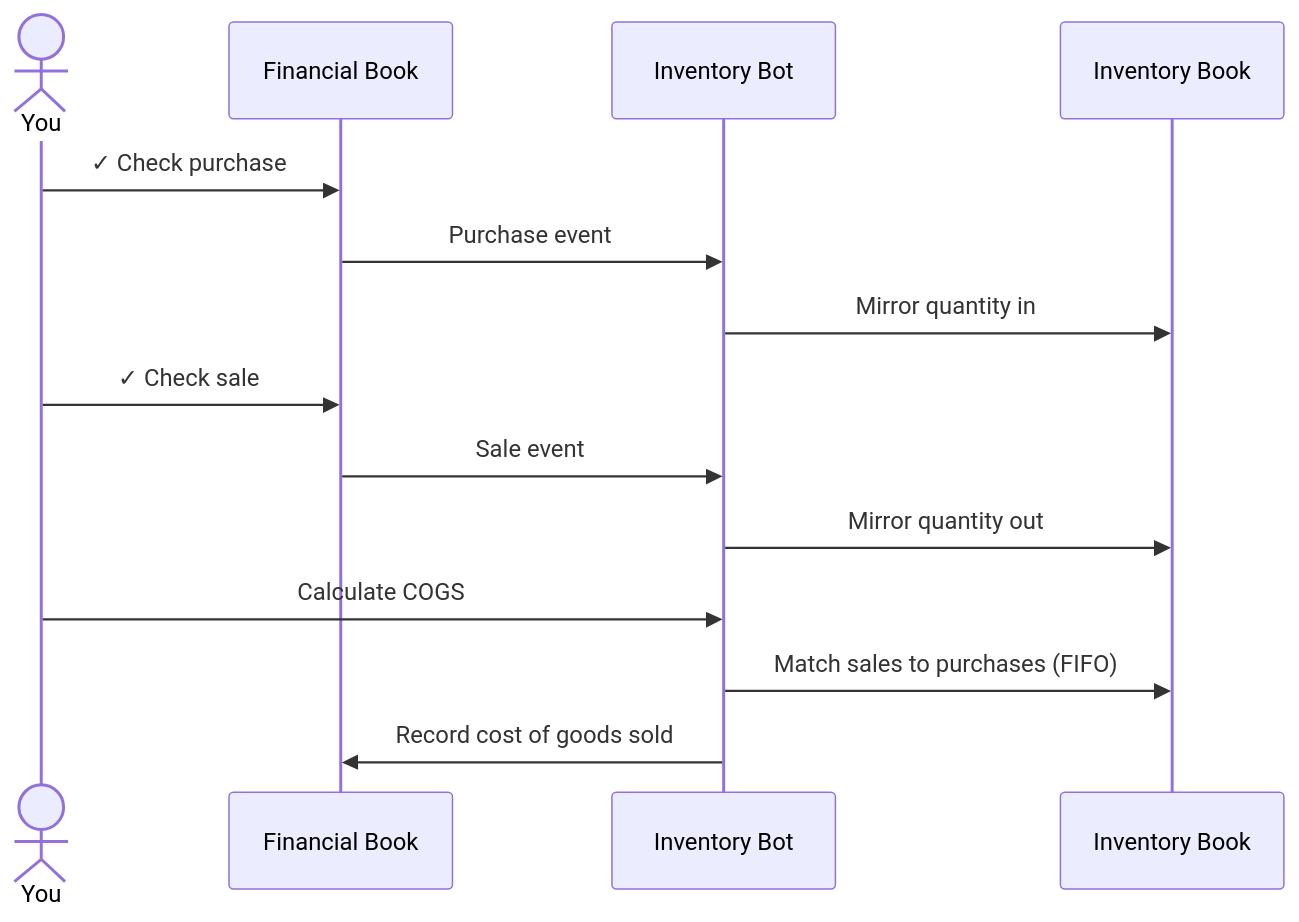
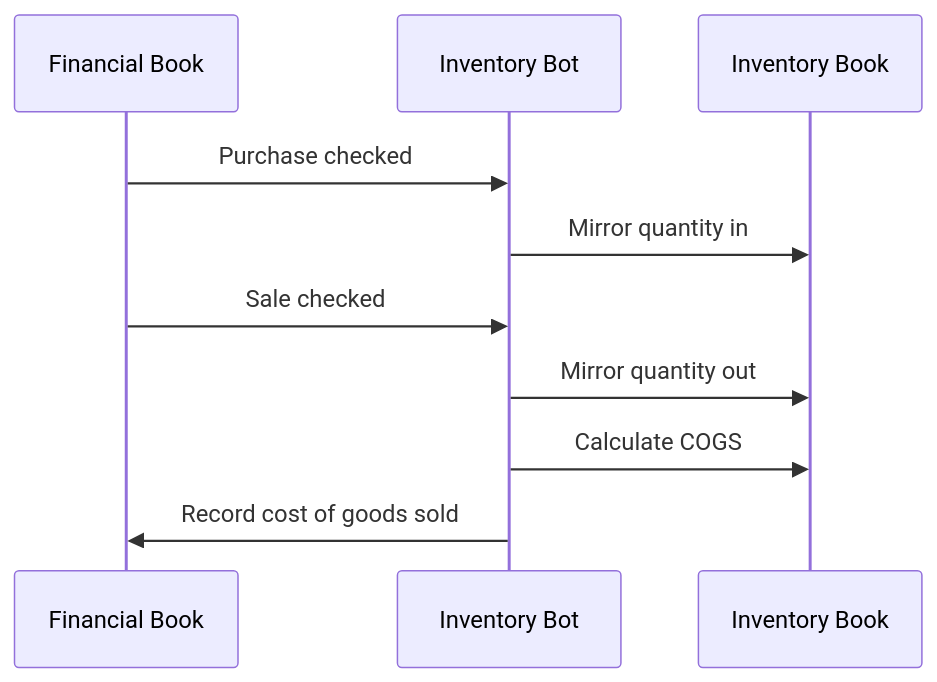
One commit to bkper/bkper-apps changed the second of 2 diagrams in inventory-bot/README.md. Above: the diagram before and after it, drawn with Mermaid. The commit also changed 1 other file, not shown here.

Commit message:
Standardize sequence diagrams across bot READMEs
- Remove user column (actor/participant) — books trigger, bots act
- Use natural language arrows instead of event names or vague labels
- Fix trigger direction: transaction events from FB, menu calculations from IB/PB
- Drop MTM section from portfolio-bot (manual action, no bot interaction)
- Consistent with exchange-bot pattern across all apps

````diff
--- a/inventory-bot/README.md
+++ b/inventory-bot/README.md
@@ -40,17 +40,13 @@
 ```mermaid
 sequenceDiagram
-    actor You
     participant FB as Financial Book
     participant Bot as Inventory Bot
     participant IB as Inventory Book
 
-    You->>FB: ✓ Check purchase
-    FB->>Bot: Purchase event
+    FB->>Bot: Purchase checked
     Bot->>IB: Mirror quantity in
-    You->>FB: ✓ Check sale
-    FB->>Bot: Sale event
+    FB->>Bot: Sale checked
     Bot->>IB: Mirror quantity out
-    You->>Bot: Calculate COGS
-    Bot->>IB: Match sales to purchases (FIFO)
+    Bot->>IB: Calculate COGS
     Bot->>FB: Record cost of goods sold
 ```
````
